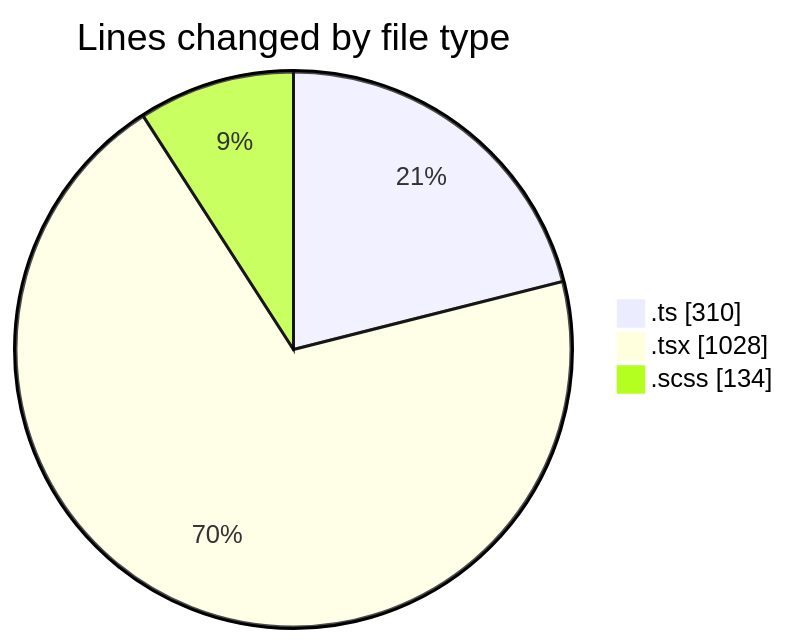
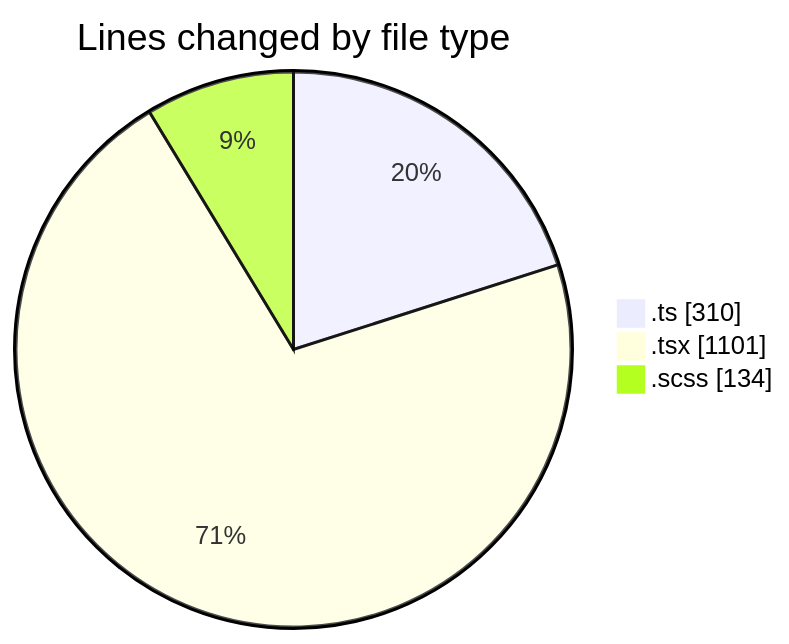
The first of 2 diagrams in 2026-09-09/cda/README.md (momahboobian/code-tracking), drawn with Mermaid before and after one commit. The commit also changed other lines of this file and 1 other file, not shown here.

````diff
--- a/2026-09-09/cda/README.md
+++ b/2026-09-09/cda/README.md
@@ -33,7 +34,7 @@
 ```mermaid
 pie showData
 title Lines changed by file type
 ".ts" : 310
-".tsx" : 1028
+".tsx" : 1101
 ".scss" : 134
 ```
````
